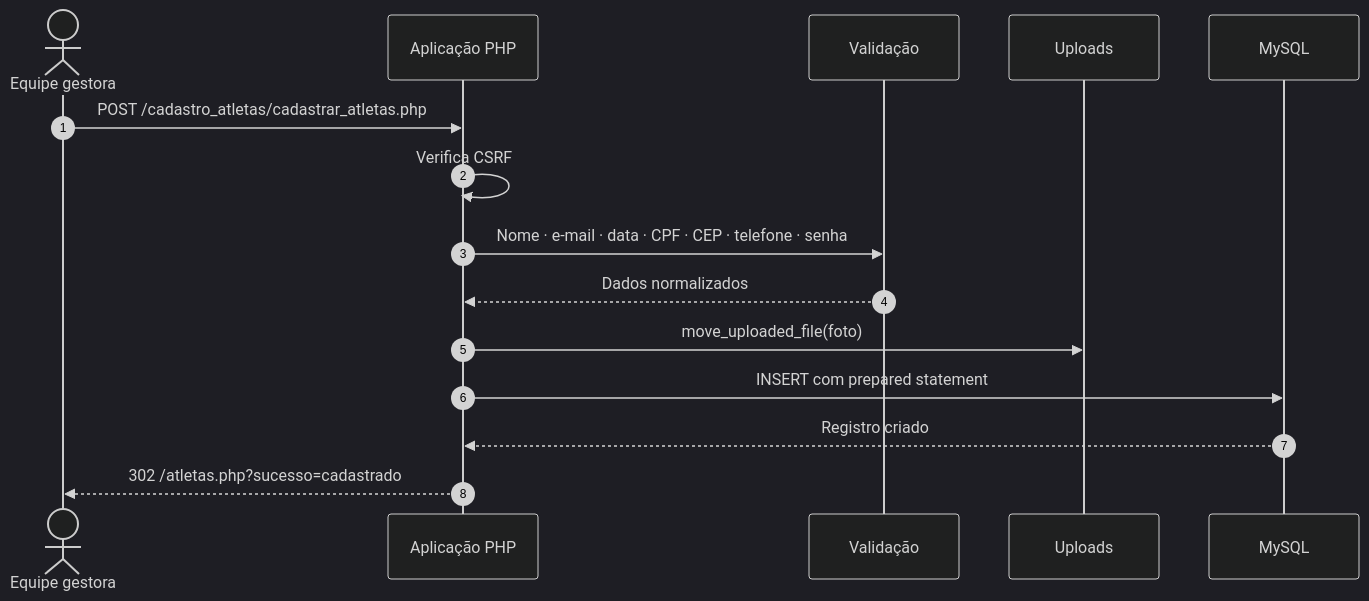
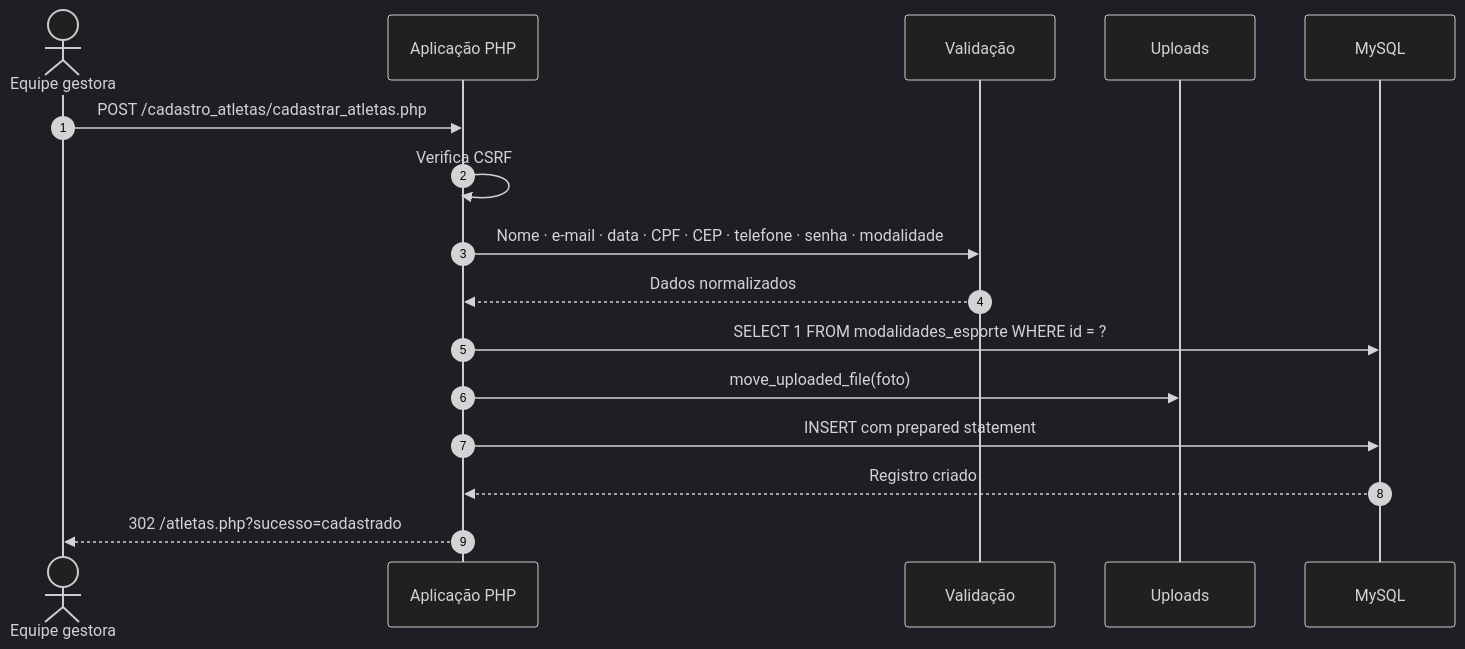
The third of 4 diagrams in README.md (JulioAbreuCanalDev33/projeto_jandira), drawn with Mermaid (dark theme) before and after one commit. The commit also changed other lines of this file and 22 other files, not shown here.

Commit message:
feat: padroniza modalidade de esporte e finaliza modulos de arquivos e area restrita

````diff
--- a/README.md
+++ b/README.md
@@ -311,18 +311,19 @@
 ```mermaid
 sequenceDiagram
     autonumber
     actor U as Equipe gestora
     participant A as Aplicação PHP
     participant V as Validação
     participant FS as Uploads
     participant DB as MySQL
 
     U->>A: POST /cadastro_atletas/cadastrar_atletas.php
     A->>A: Verifica CSRF
-    A->>V: Nome · e-mail · data · CPF · CEP · telefone · senha
+    A->>V: Nome · e-mail · data · CPF · CEP · telefone · senha · modalidade
     V-->>A: Dados normalizados
+    A->>DB: SELECT 1 FROM modalidades_esporte WHERE id = ?
     A->>FS: move_uploaded_file(foto)
     A->>DB: INSERT com prepared statement
     DB-->>A: Registro criado
     A-->>U: 302 /atletas.php?sucesso=cadastrado
 ```
````
